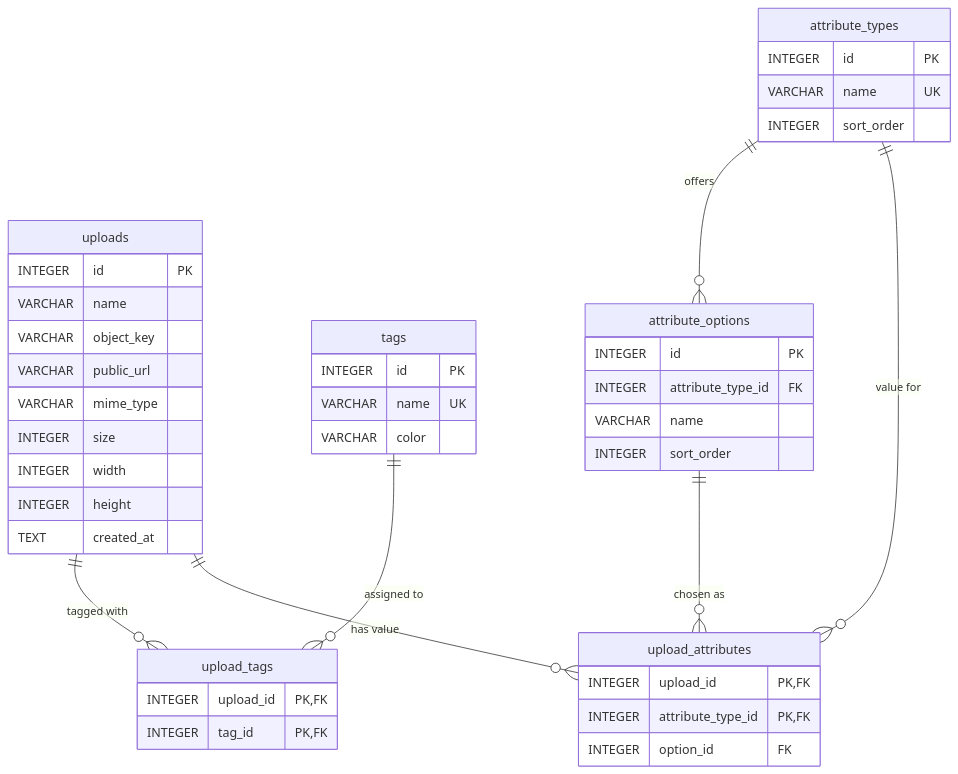
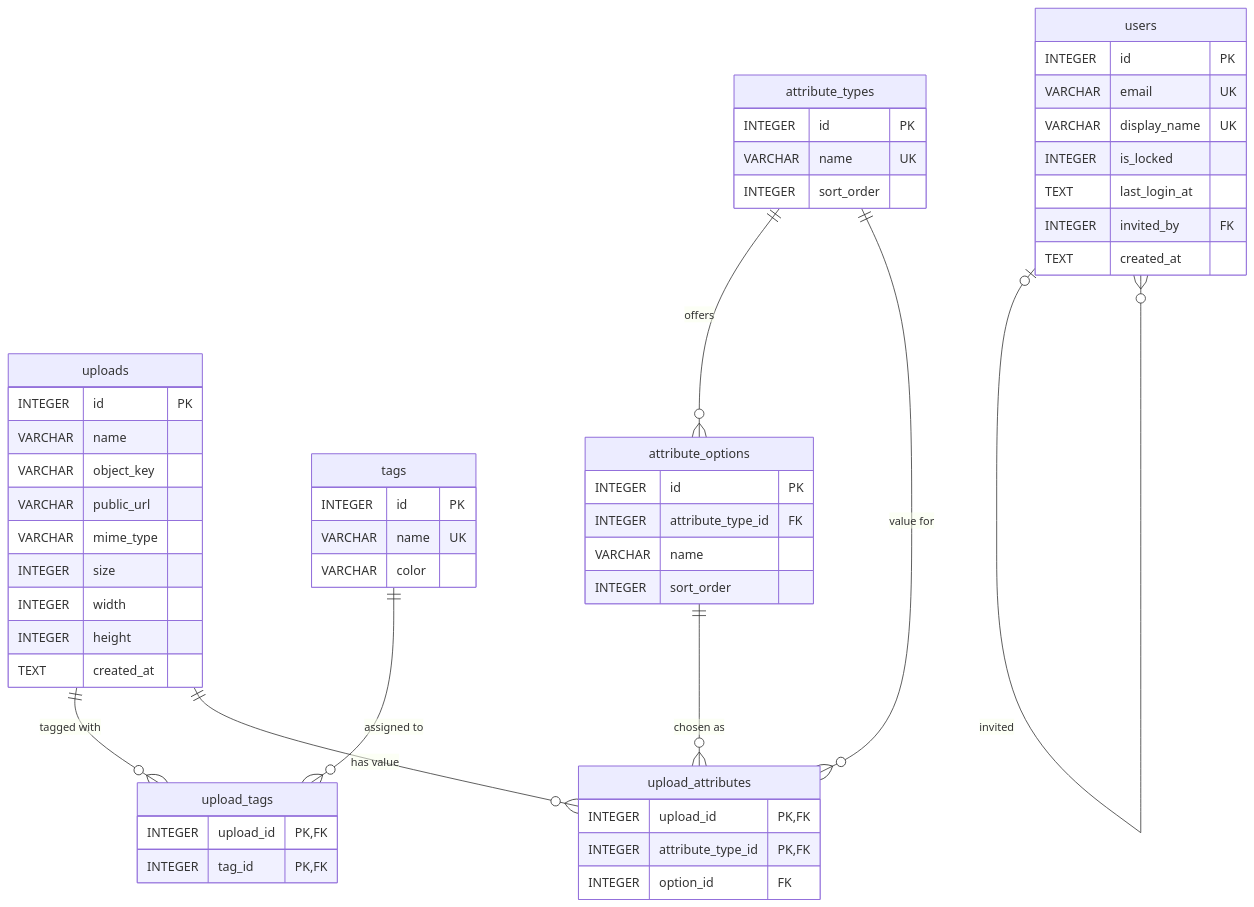
Before and after one commit to weedukind/muenzquell-galerie-admin: the diagram in app-node/docs/data-model.md, drawn with Mermaid. The commit also changed other lines of this file and 12 other files, not shown here.

````diff
--- a/app-node/docs/data-model.md
+++ b/app-node/docs/data-model.md
@@ -5,46 +5,56 @@
 ```mermaid
 erDiagram
     uploads ||--o{ upload_tags : "tagged with"
     tags ||--o{ upload_tags : "assigned to"
     uploads ||--o{ upload_attributes : "has value"
     attribute_types ||--o{ attribute_options : "offers"
     attribute_types ||--o{ upload_attributes : "value for"
     attribute_options ||--o{ upload_attributes : "chosen as"
+    users |o--o{ users : "invited"
 
     uploads {
         INTEGER id PK
         VARCHAR name
         VARCHAR object_key
         VARCHAR public_url
         VARCHAR mime_type
         INTEGER size
         INTEGER width
         INTEGER height
         TEXT created_at
     }
     tags {
         INTEGER id PK
         VARCHAR name UK
         VARCHAR color
     }
     upload_tags {
         INTEGER upload_id PK, FK
         INTEGER tag_id PK, FK
     }
     attribute_types {
         INTEGER id PK
         VARCHAR name UK
         INTEGER sort_order
     }
     attribute_options {
         INTEGER id PK
         INTEGER attribute_type_id FK
         VARCHAR name
         INTEGER sort_order
     }
     upload_attributes {
         INTEGER upload_id PK, FK
         INTEGER attribute_type_id PK, FK
         INTEGER option_id FK
     }
+    users {
+        INTEGER id PK
+        VARCHAR email UK
+        VARCHAR display_name UK
+        INTEGER is_locked
+        TEXT last_login_at
+        INTEGER invited_by FK
+        TEXT created_at
+    }
 ```
````
